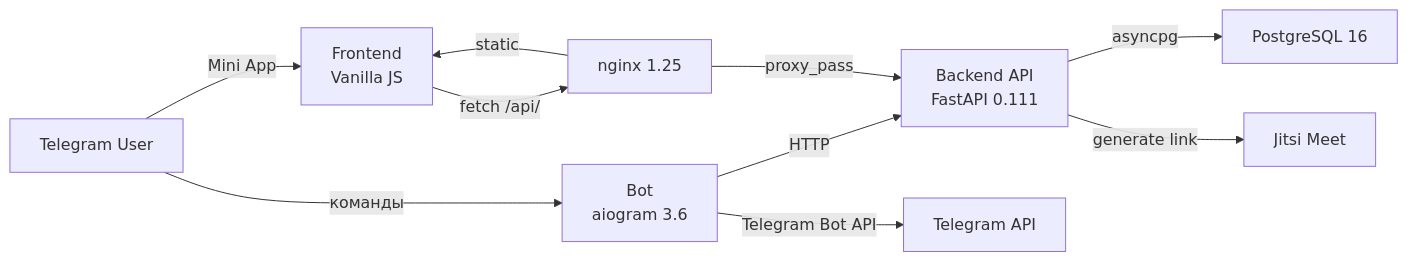
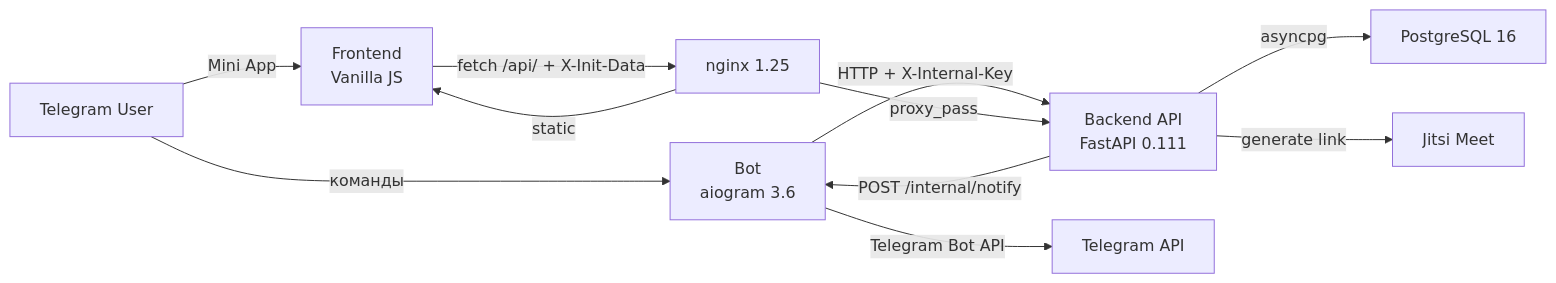
Before and after one commit to iwantproger/do_vstrechi: the first of 7 diagrams in docs/ARCHITECTURE.md, drawn with Mermaid. The commit also changed other lines of this file and 5 other files, not shown here.

````diff
--- a/docs/ARCHITECTURE.md
+++ b/docs/ARCHITECTURE.md
@@ -16,12 +16,13 @@
 ```mermaid
 graph LR
     TU[Telegram User] -->|команды| BOT["Bot<br/>aiogram 3.6"]
     TU -->|Mini App| FE["Frontend<br/>Vanilla JS"]
-    BOT -->|HTTP| API["Backend API<br/>FastAPI 0.111"]
-    FE -->|fetch /api/| NGX["nginx 1.25"]
+    BOT -->|HTTP + X-Internal-Key| API["Backend API<br/>FastAPI 0.111"]
+    API -->|POST /internal/notify| BOT
+    FE -->|fetch /api/ + X-Init-Data| NGX["nginx 1.25"]
     NGX -->|proxy_pass| API
     NGX -->|static| FE
     API -->|asyncpg| DB["PostgreSQL 16"]
     API -->|generate link| JIT["Jitsi Meet"]
     BOT -->|Telegram Bot API| TG_API["Telegram API"]
 ```
````
